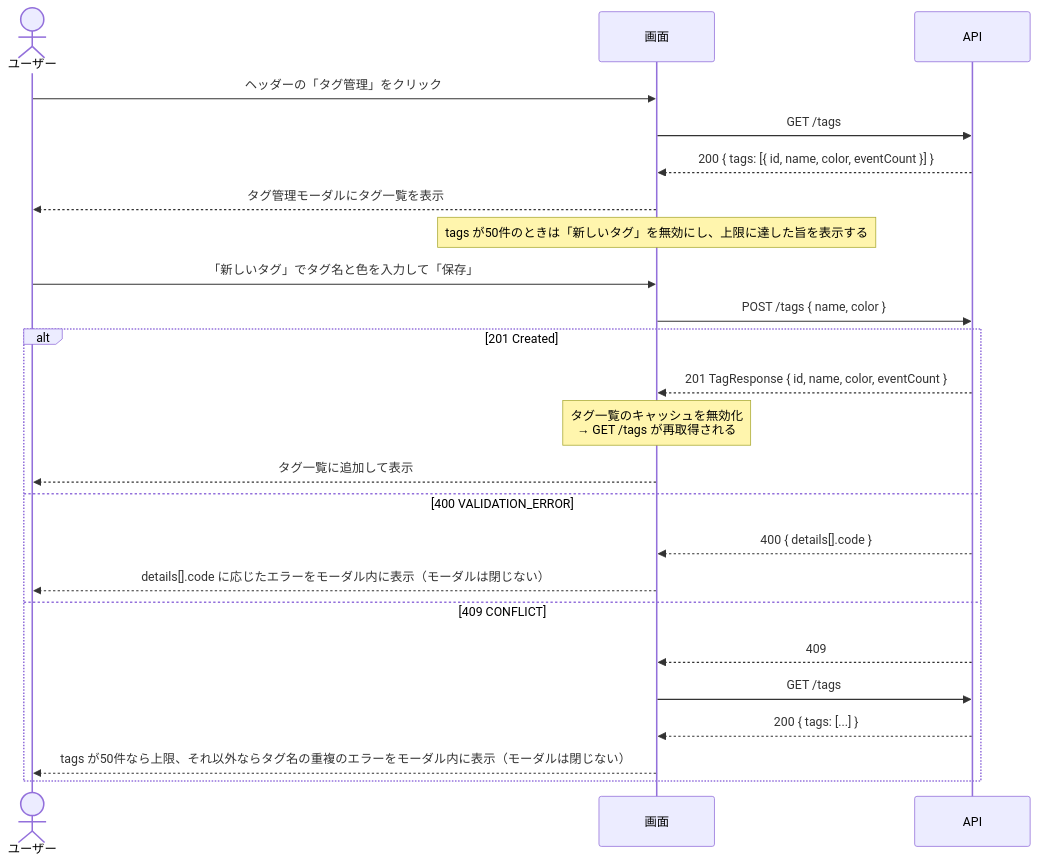
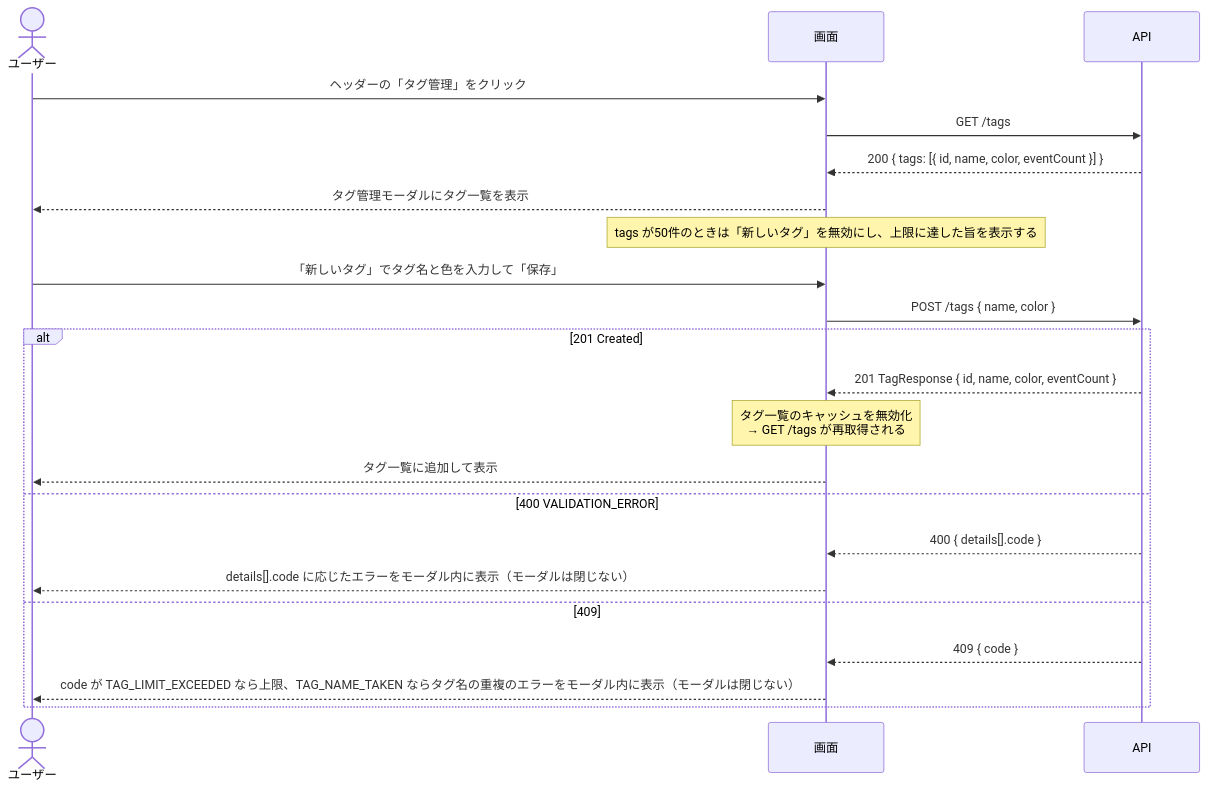
One commit to Haya372/ai-trial changed the first of 5 diagrams in docs/spec/SPEC-008-tags-labels.md. Above: the diagram before and after it, drawn with Mermaid. The commit also changed other lines of this file, not shown here.

First line of the commit message:
docs: Define distinct 409 codes for tag API in SPEC-008

````diff
--- a/docs/spec/SPEC-008-tags-labels.md
+++ b/docs/spec/SPEC-008-tags-labels.md
@@ -331,27 +331,25 @@
 ```mermaid
 sequenceDiagram
     actor User as ユーザー
     participant UI as 画面
     participant API as API
 
     User->>UI: ヘッダーの「タグ管理」をクリック
     UI->>API: GET /tags
     API-->>UI: 200 { tags: [{ id, name, color, eventCount }] }
     UI-->>User: タグ管理モーダルにタグ一覧を表示
     Note over UI: tags が50件のときは「新しいタグ」を無効にし、上限に達した旨を表示する
     User->>UI: 「新しいタグ」でタグ名と色を入力して「保存」
     UI->>API: POST /tags { name, color }
     alt 201 Created
         API-->>UI: 201 TagResponse { id, name, color, eventCount }
         Note over UI: タグ一覧のキャッシュを無効化<br/>→ GET /tags が再取得される
         UI-->>User: タグ一覧に追加して表示
     else 400 VALIDATION_ERROR
         API-->>UI: 400 { details[].code }
         UI-->>User: details[].code に応じたエラーをモーダル内に表示（モーダルは閉じない）
-    else 409 CONFLICT
-        API-->>UI: 409
-        UI->>API: GET /tags
-        API-->>UI: 200 { tags: [...] }
-        UI-->>User: tags が50件なら上限、それ以外ならタグ名の重複のエラーをモーダル内に表示（モーダルは閉じない）
+    else 409
+        API-->>UI: 409 { code }
+        UI-->>User: code が TAG_LIMIT_EXCEEDED なら上限、TAG_NAME_TAKEN ならタグ名の重複のエラーをモーダル内に表示（モーダルは閉じない）
     end
 ```
````
